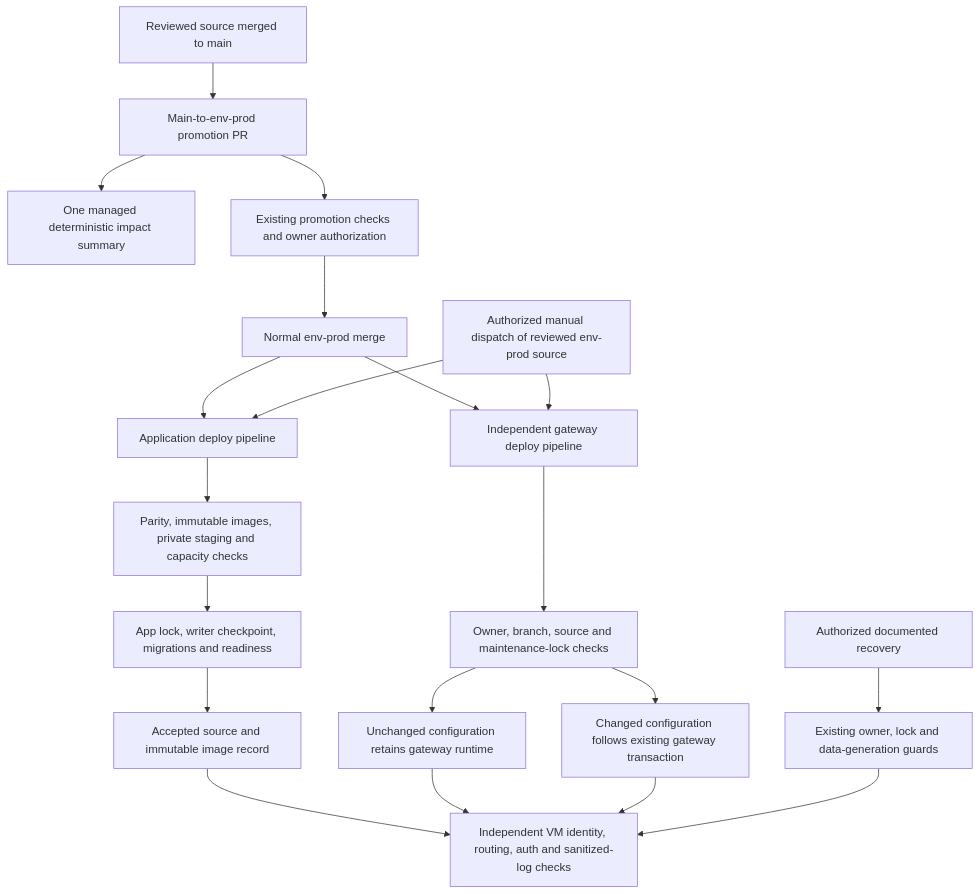
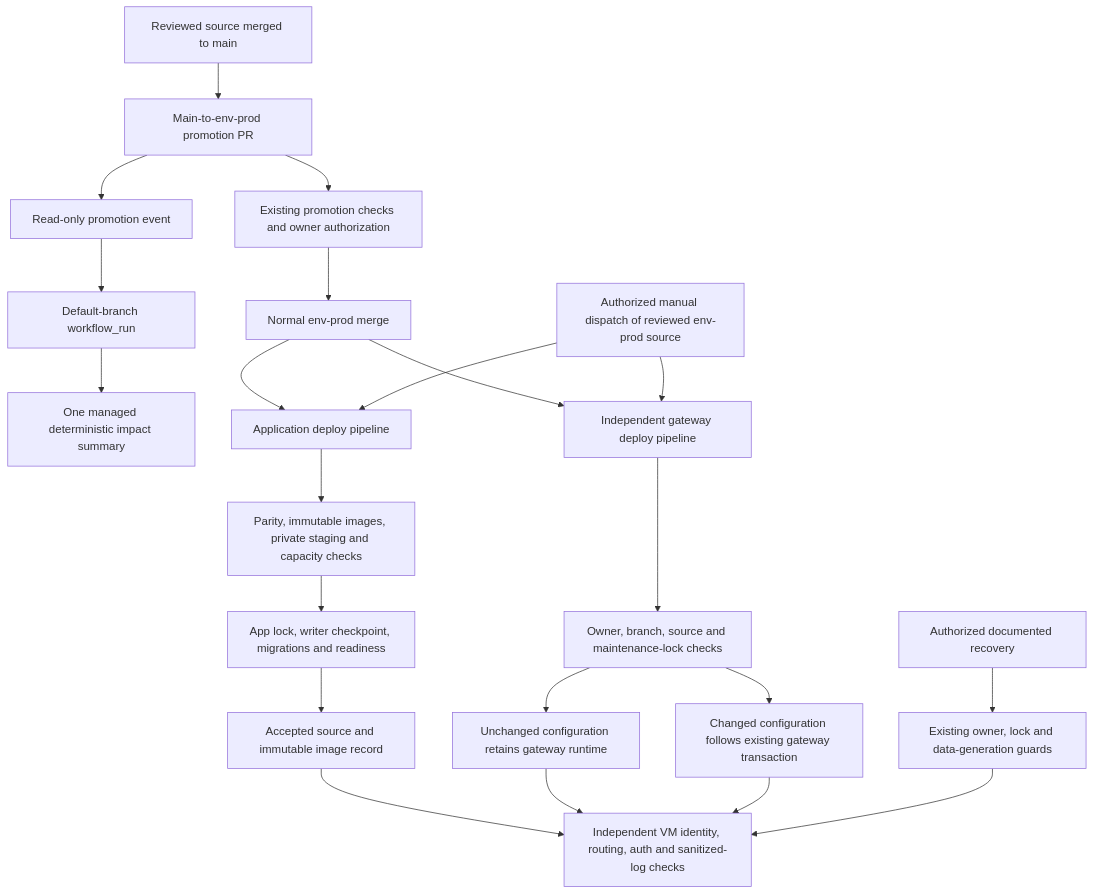
One commit to VanillaIceCube/Notoli changed the fourth of 4 diagrams in docs/CI-CD-ARCHITECTURE.md. Above: the diagram before and after it, drawn with Mermaid. The commit also changed other lines of this file and 6 other files, not shown here.

Commit message:
fix(ci): isolate promotion writes in trusted default-branch workflow

````diff
--- a/docs/CI-CD-ARCHITECTURE.md
+++ b/docs/CI-CD-ARCHITECTURE.md
@@ -149,22 +149,24 @@
 ```mermaid
 flowchart TD
   Reviewed[Reviewed source merged to main] --> PR[Main-to-env-prod promotion PR]
-  PR --> Summary[One managed deterministic impact summary]
+  PR --> Request[Read-only promotion event]
+  Request --> Trusted[Default-branch workflow_run]
+  Trusted --> Summary[One managed deterministic impact summary]
   PR --> Gates[Existing promotion checks and owner authorization]
   Gates --> Merge[Normal env-prod merge]
   Merge --> App[Application deploy pipeline]
   Merge --> Gateway[Independent gateway deploy pipeline]
   App --> Stage[Parity, immutable images, private staging and capacity checks]
   Stage --> Transaction[App lock, writer checkpoint, migrations and readiness]
   Transaction --> Accepted[Accepted source and immutable image record]
   Gateway --> Guard[Owner, branch, source and maintenance-lock checks]
   Guard --> Same[Unchanged configuration retains gateway runtime]
   Guard --> Changed[Changed configuration follows existing gateway transaction]
   Accepted --> Verify[Independent VM identity, routing, auth and sanitized-log checks]
   Same --> Verify
   Changed --> Verify
   Manual[Authorized manual dispatch of reviewed env-prod source] --> App
   Manual --> Gateway
   Recovery[Authorized documented recovery] --> RecoveryGuard[Existing owner, lock and data-generation guards]
   RecoveryGuard --> Verify
 ```
````
